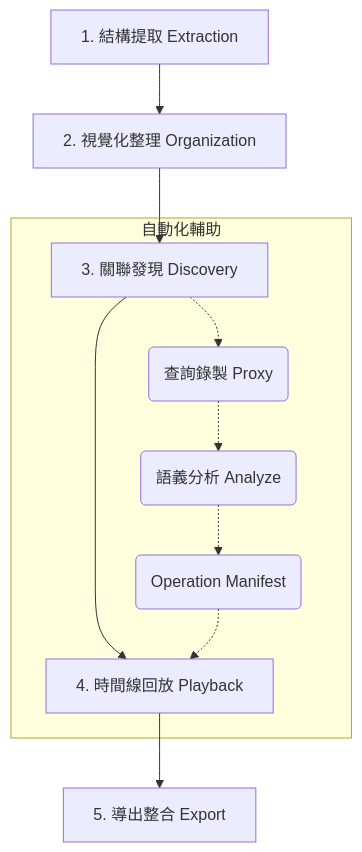
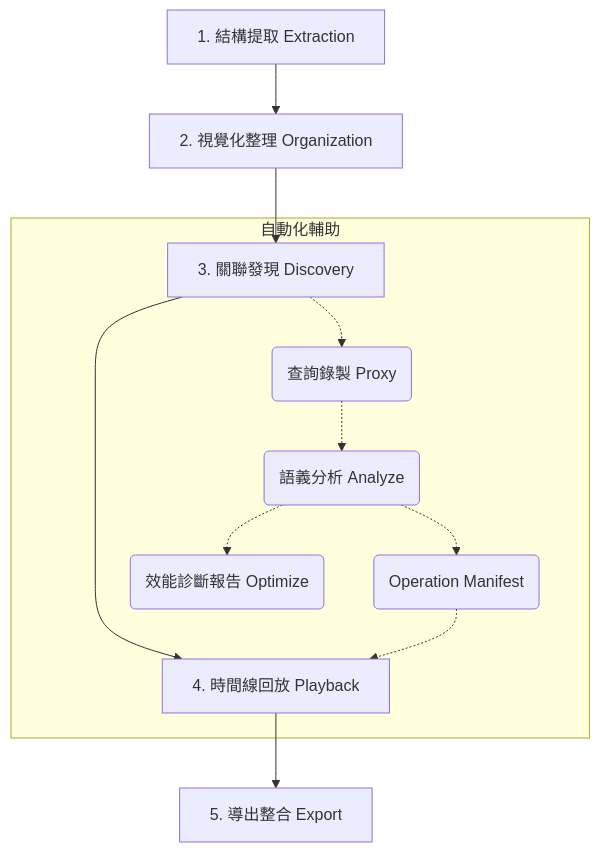
One commit to CarlLee1983/archivolt changed the diagram in docs/WORKFLOW.zh-TW.md. Above: the diagram before and after it, drawn with Mermaid. The commit also changed other lines of this file and 3 other files, not shown here.

````diff
--- a/docs/WORKFLOW.zh-TW.md
+++ b/docs/WORKFLOW.zh-TW.md
@@ -25,14 +25,15 @@
 ```mermaid
 graph TD
     A[1. 結構提取 Extraction] --> B[2. 視覺化整理 Organization]
     B --> C[3. 關聯發現 Discovery]
     C --> D[4. 時間線回放 Playback]
     D --> E[5. 導出整合 Export]
 
     subgraph "自動化輔助"
     C -.-> C1(查詢錄製 Proxy)
     C1 -.-> C2(語義分析 Analyze)
     C2 -.-> C3(Operation Manifest)
+    C2 -.-> C4(效能診斷報告 Optimize)
     C3 -.-> D
     end
 ```
````
